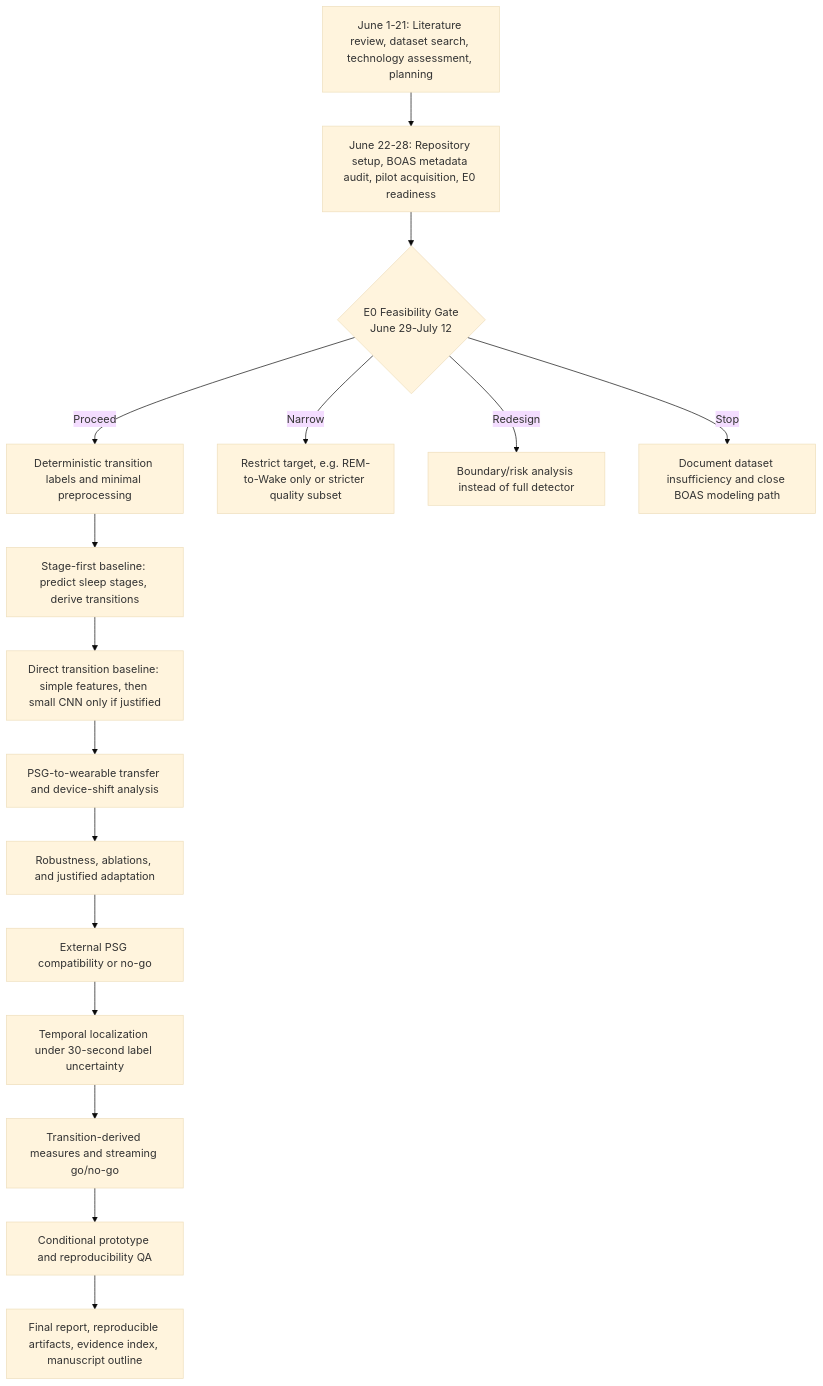
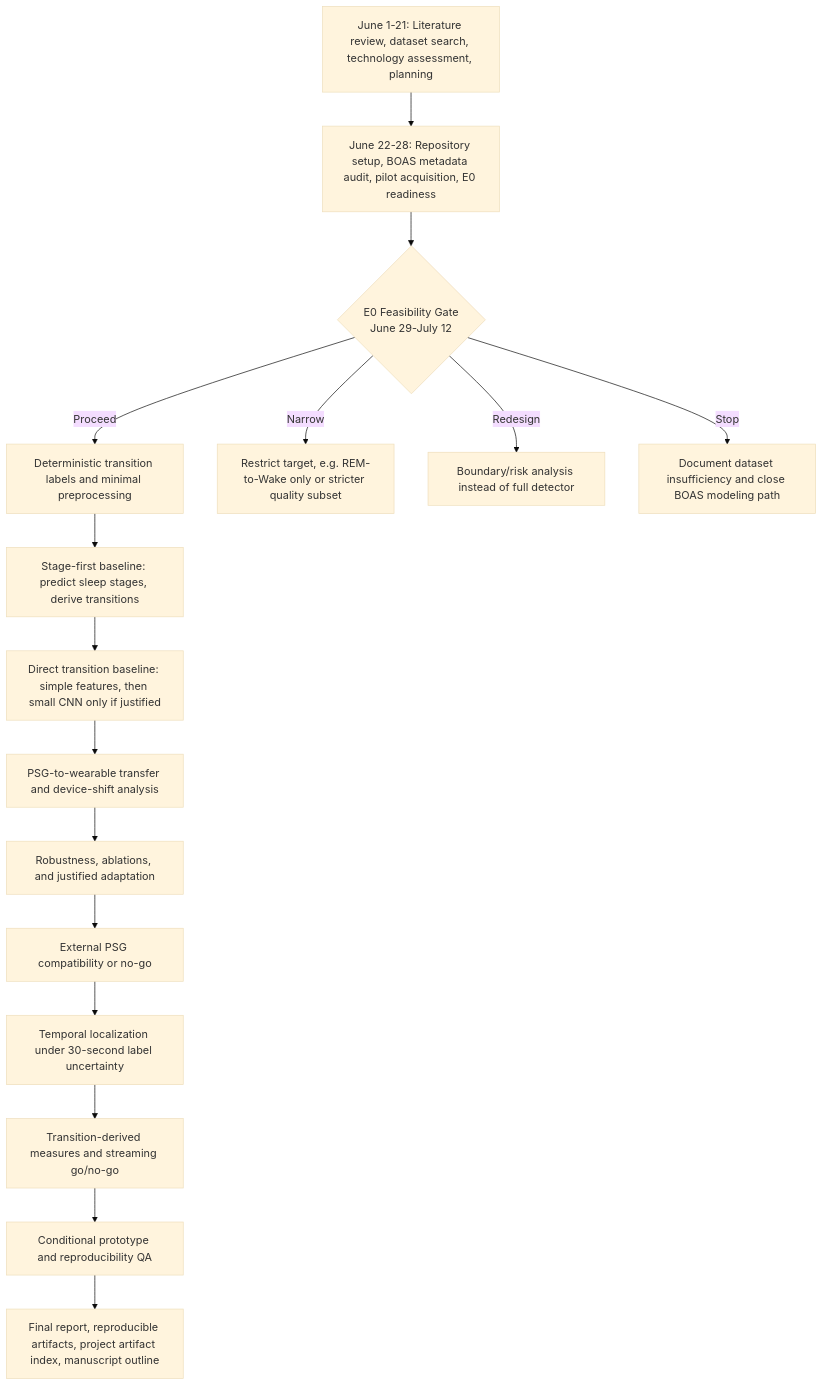
One commit to dgurve09/REM_Wake changed the second of 2 diagrams in docs/planning/overall_project_timeline.md. Above: the diagram before and after it, drawn with Mermaid (base theme). The commit also changed other lines of this file and 10 other files, not shown here.

````diff
--- a/docs/planning/overall_project_timeline.md
+++ b/docs/planning/overall_project_timeline.md
@@ -51,18 +51,18 @@
 ```mermaid
 flowchart TD
     A["June 1-21: Literature review, dataset search, technology assessment, planning"] --> B["June 22-28: Repository setup, BOAS metadata audit, pilot acquisition, E0 readiness"]
     B --> C{"E0 Feasibility Gate<br/>June 29-July 12"}
     C -->|Proceed| D["Deterministic transition labels and minimal preprocessing"]
     C -->|Narrow| D2["Restrict target, e.g. REM-to-Wake only or stricter quality subset"]
     C -->|Redesign| D3["Boundary/risk analysis instead of full detector"]
     C -->|Stop| D4["Document dataset insufficiency and close BOAS modeling path"]
     D --> E["Stage-first baseline: predict sleep stages, derive transitions"]
     E --> F["Direct transition baseline: simple features, then small CNN only if justified"]
     F --> G["PSG-to-wearable transfer and device-shift analysis"]
     G --> H["Robustness, ablations, and justified adaptation"]
     H --> I["External PSG compatibility or no-go"]
     I --> J["Temporal localization under 30-second label uncertainty"]
     J --> K["Transition-derived measures and streaming go/no-go"]
     K --> L["Conditional prototype and reproducibility QA"]
-    L --> M["Final report, reproducible artifacts, evidence index, manuscript outline"]
+    L --> M["Final report, reproducible artifacts, project artifact index, manuscript outline"]
 ```
````
